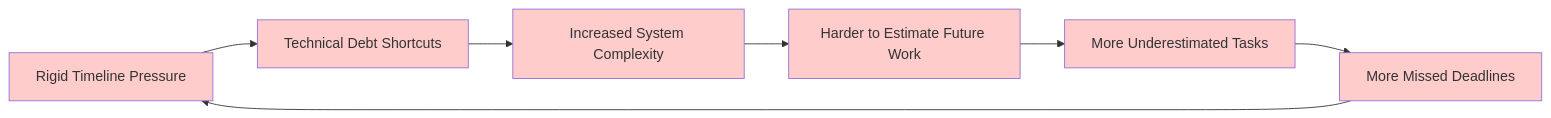
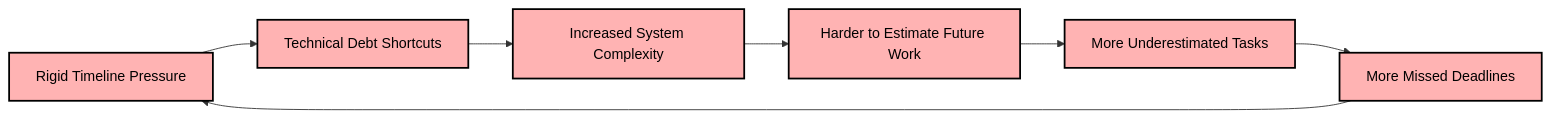
Before and after one commit to benjgrad/EM: the third of 8 diagrams in README.md, drawn with Mermaid. The commit also changed other lines of this file, not shown here.

````diff
--- a/README.md
+++ b/README.md
@@ -160,16 +153,16 @@
 ```mermaid
 graph LR
     A[Rigid Timeline Pressure] --> B[Technical Debt Shortcuts]
     B --> C[Increased System Complexity]
     C --> D[Harder to Estimate Future Work]
     D --> E[More Underestimated Tasks]
     E --> F[More Missed Deadlines]
     F --> A
     
-    style A fill:#ffcccc
-    style B fill:#ffcccc
-    style C fill:#ffcccc
-    style D fill:#ffcccc
-    style E fill:#ffcccc
-    style F fill:#ffcccc
+    style A fill:#ffb3b3,stroke:#000,stroke-width:2px,color:#000
+    style B fill:#ffb3b3,stroke:#000,stroke-width:2px,color:#000
+    style C fill:#ffb3b3,stroke:#000,stroke-width:2px,color:#000
+    style D fill:#ffb3b3,stroke:#000,stroke-width:2px,color:#000
+    style E fill:#ffb3b3,stroke:#000,stroke-width:2px,color:#000
+    style F fill:#ffb3b3,stroke:#000,stroke-width:2px,color:#000
 ```
````
